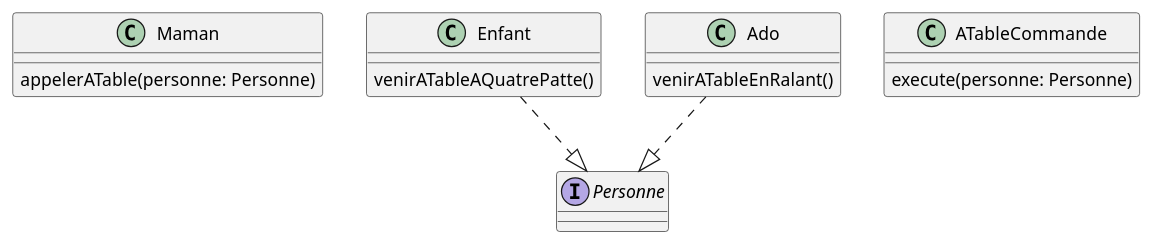
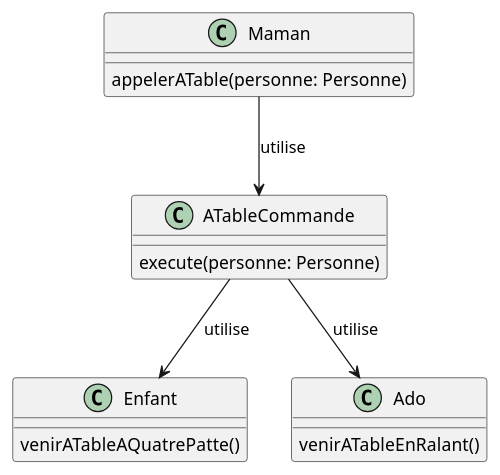
Before and after one commit to jandry/design-pattern: the diagram in src/uml/command.puml, drawn with PlantUML. The commit also changed 6 other files, not shown here.

```diff
--- a/src/uml/command.puml
+++ b/src/uml/command.puml
@@ -1,23 +1,24 @@
 @startuml Command
 
 class Maman {
     appelerATable(personne: Personne)
 }
 
 class Enfant {
     venirATableAQuatrePatte()
 }
 
 class Ado {
     venirATableEnRalant()
 }
 
-interface Personne
 
 class ATableCommande {
     execute(personne: Personne)
 }
 
-Enfant..|>Personne
-Ado..|>Personne
+Maman --> ATableCommande : utilise
+ATableCommande --> Ado : utilise
+ATableCommande --> Enfant : utilise
+
 @enduml
```
